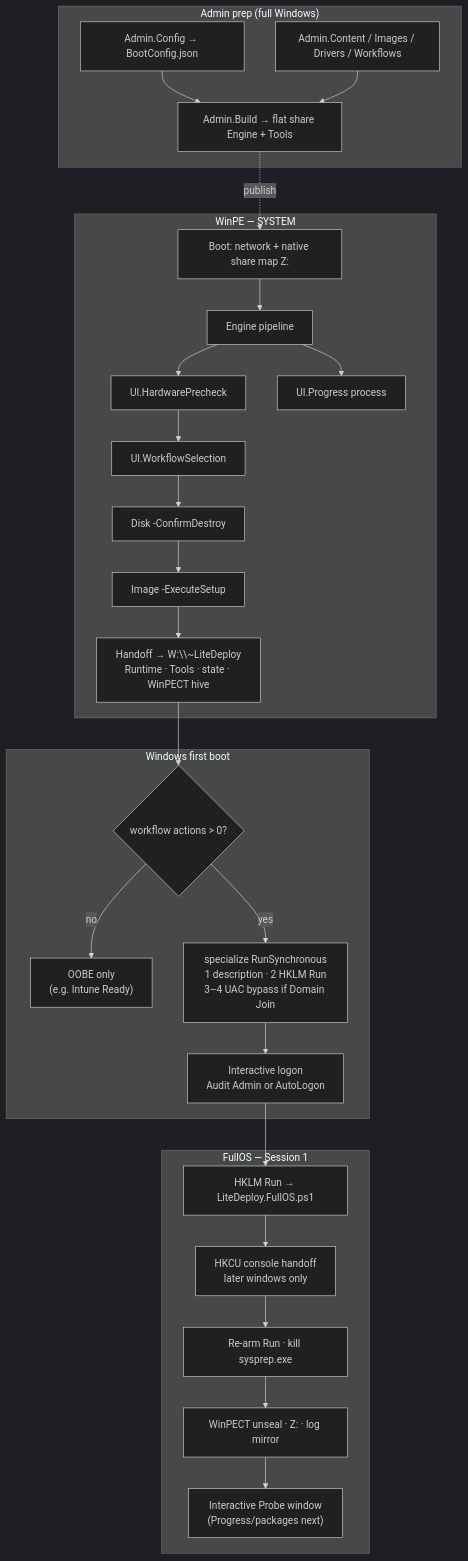
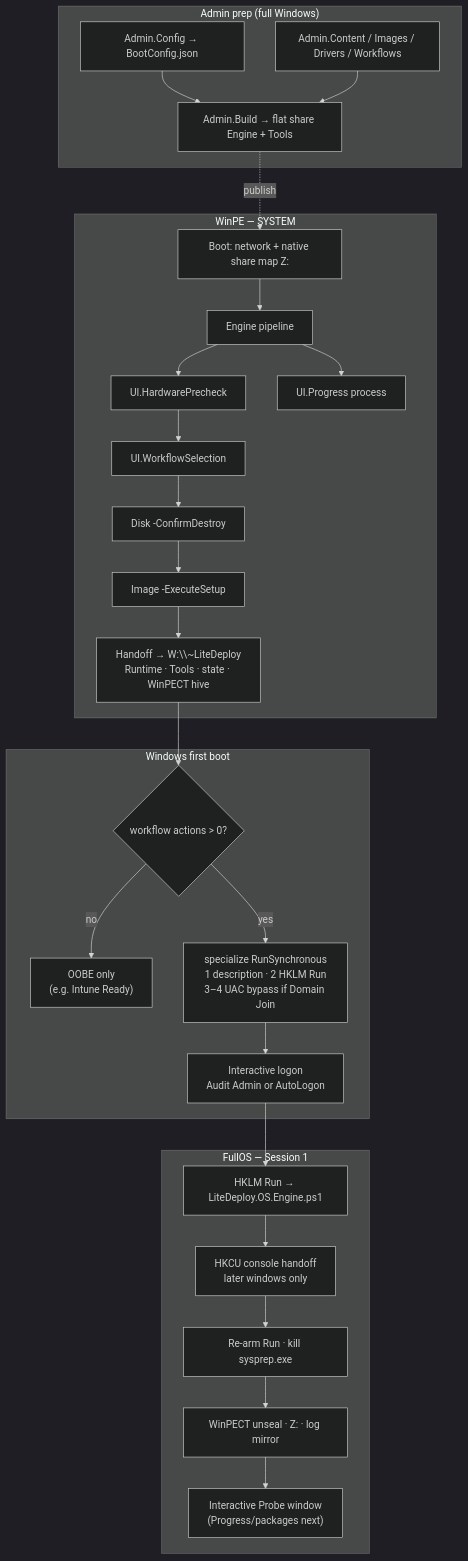
The diagram in README.md (cmartineztech/LiteDeploy.Core), drawn with Mermaid (dark theme) before and after one commit. The commit also changed other lines of this file and 24 other files, not shown here.

Commit message:
docs: align all documentation, diagrams, and guides with v2 canonical names

````diff
--- a/README.md
+++ b/README.md
@@ -43,47 +43,47 @@
 ```mermaid
 flowchart TB
   subgraph AdminPrep["Admin prep (full Windows)"]
     Config["Admin.Config → BootConfig.json"]
     Content["Admin.Content / Images / Drivers / Workflows"]
     Build["Admin.Build → flat share Engine + Tools"]
     Config --> Build
     Content --> Build
   end
 
   subgraph WinPE["WinPE — SYSTEM"]
     Boot["Boot: network + native share map Z:"]
     Engine["Engine pipeline"]
     Pre["UI.HardwarePrecheck"]
     Sel["UI.WorkflowSelection"]
     Prog["UI.Progress process"]
     Disk["Disk -ConfirmDestroy"]
     Image["Image -ExecuteSetup"]
     Hand["Handoff → W:\\~LiteDeploy<br/>Runtime · Tools · state · WinPECT hive"]
     Boot --> Engine
     Engine --> Pre --> Sel
     Engine --> Prog
     Sel --> Disk --> Image --> Hand
   end
 
   subgraph FirstBoot["Windows first boot"]
     Gate{"workflow actions > 0?"}
     OOBE["OOBE only<br/>(e.g. Intune Ready)"]
     Spec["specialize RunSynchronous<br/>1 description · 2 HKLM Run<br/>3–4 UAC bypass if Domain Join"]
     Logon["Interactive logon<br/>Audit Admin or AutoLogon"]
     Gate -->|no| OOBE
     Gate -->|yes| Spec --> Logon
   end
 
   subgraph FullOS["FullOS — Session 1"]
-    Run["HKLM Run → LiteDeploy.FullOS.ps1"]
+    Run["HKLM Run → LiteDeploy.OS.Engine.ps1"]
     Console["HKCU console handoff<br/>later windows only"]
     ReArm["Re-arm Run · kill sysprep.exe"]
     Secrets["WinPECT unseal · Z: · log mirror"]
     Probe["Interactive Probe window<br/>(Progress/packages next)"]
     Run --> Console --> ReArm --> Secrets --> Probe
   end
 
   Build -.->|publish| Boot
   Hand --> Gate
   Logon --> Run
 ```
````
